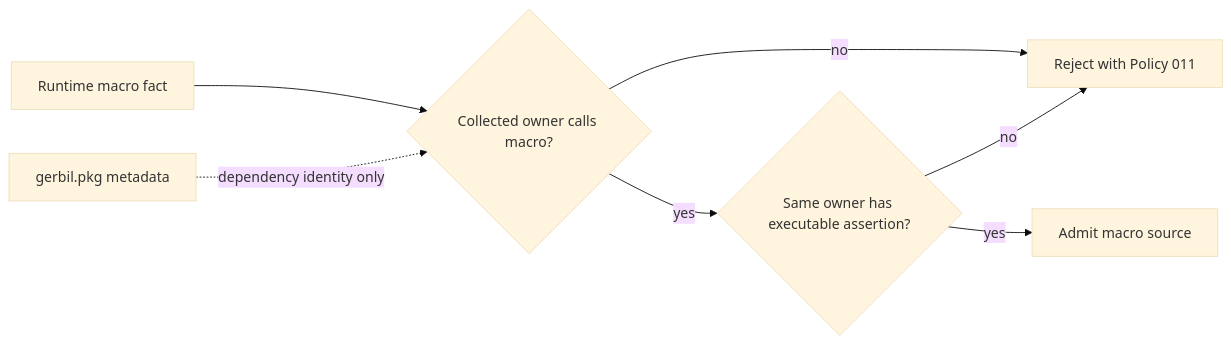
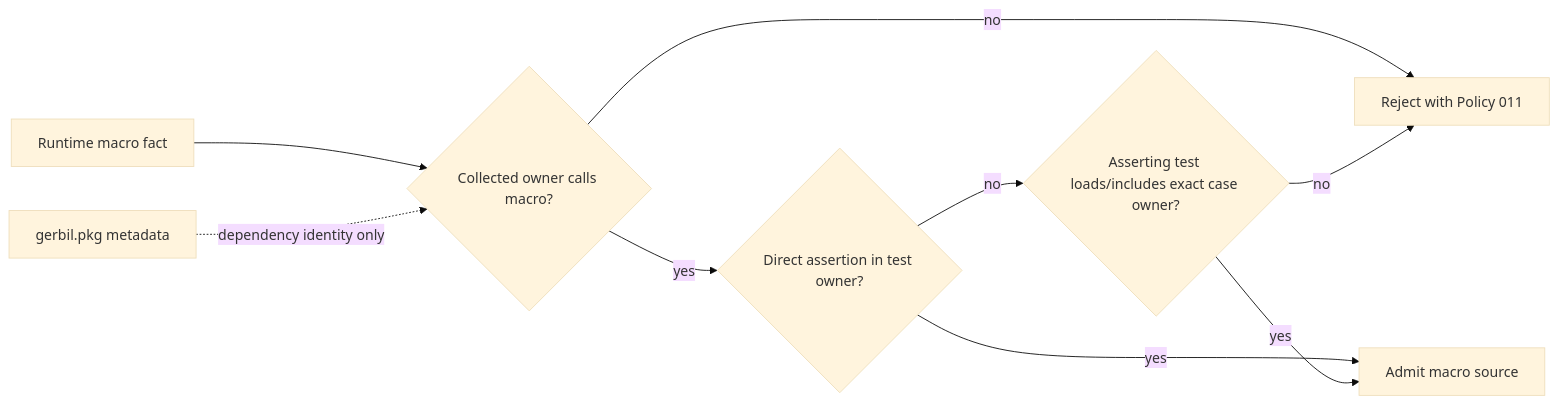
Before and after one commit to tao3k/asp-gerbil-scheme: the diagram in docs/50-59-policy/51.02-executable-macro-source-witness.org, drawn with Mermaid (base theme). The commit also changed other lines of this file and 3 other files, not shown here.

Commit message:
fix(policy): link macro witnesses to exact case owners

```diff
--- a/docs/50-59-policy/51.02-executable-macro-source-witness.org
+++ b/docs/50-59-policy/51.02-executable-macro-source-witness.org
@@ -20,9 +25,11 @@
 #+begin_src mermaid
 flowchart LR
   M[Runtime macro fact] --> C{Collected owner calls macro?}
   C -- no --> R[Reject with Policy 011]
-  C -- yes --> A{Same owner has executable assertion?}
-  A -- no --> R
-  A -- yes --> P[Admit macro source]
+  C -- yes --> D{Direct assertion in test owner?}
+  D -- yes --> P[Admit macro source]
+  D -- no --> L{Asserting test loads/includes exact case owner?}
+  L -- no --> R
+  L -- yes --> P
   G[gerbil.pkg metadata] -. dependency identity only .-> C
 #+end_src
```
